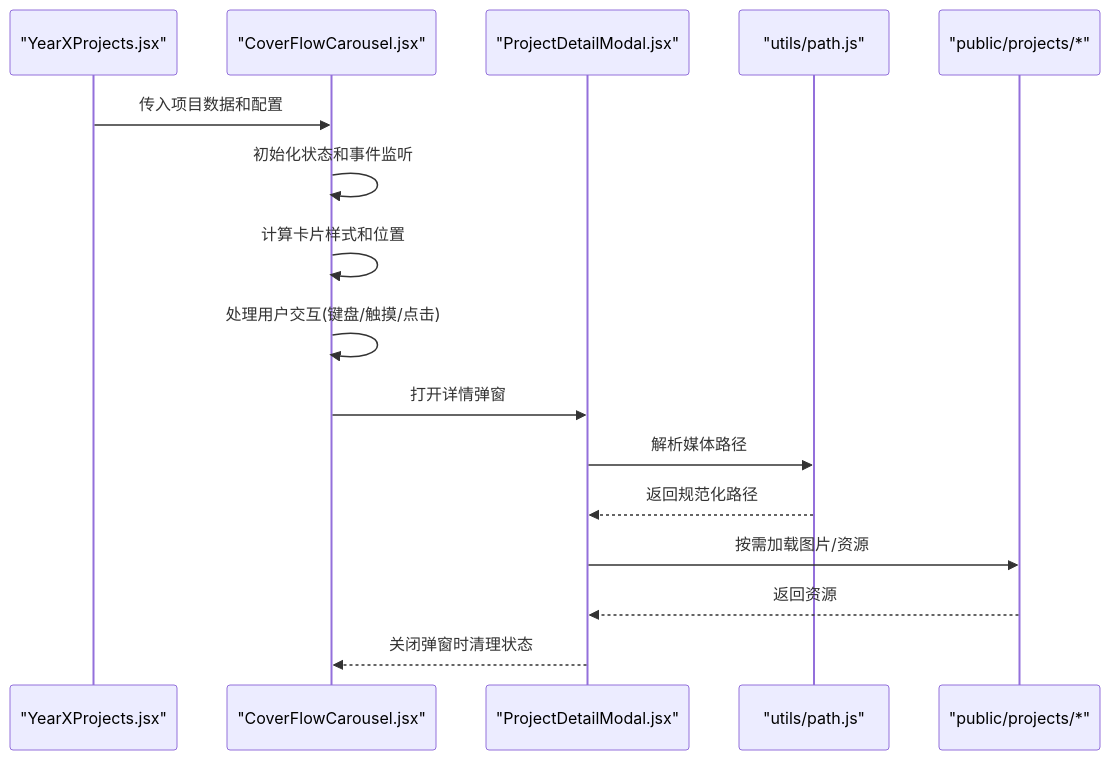
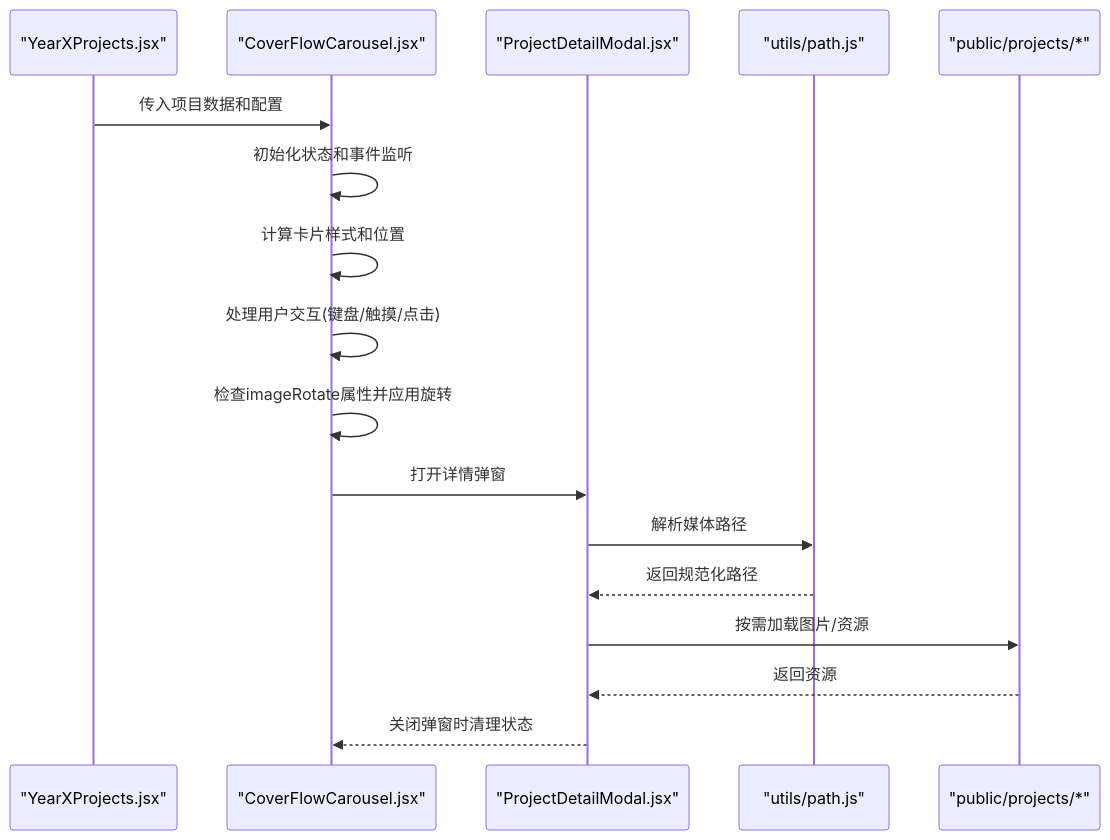
One commit to lithos666/lithos666.github.io changed the fifth of 6 diagrams in .qoder/repowiki/zh/content/核心功能模块/作品展示组件/年份项目组件.md. Above: the diagram before and after it, drawn with Mermaid. The commit also changed other lines of this file and 26 other files, not shown here.

````diff
--- a/.qoder/repowiki/zh/content/核心功能模块/作品展示组件/年份项目组件.md
+++ b/.qoder/repowiki/zh/content/核心功能模块/作品展示组件/年份项目组件.md
@@ -277,18 +285,19 @@
 ```mermaid
 sequenceDiagram
 participant Y as "YearXProjects.jsx"
 participant CFC as "CoverFlowCarousel.jsx"
 participant PM as "ProjectDetailModal.jsx"
 participant PTH as "utils/path.js"
 participant FS as "public/projects/*"
 Y->>CFC : 传入项目数据和配置
 CFC->>CFC : 初始化状态和事件监听
 CFC->>CFC : 计算卡片样式和位置
 CFC->>CFC : 处理用户交互(键盘/触摸/点击)
+CFC->>CFC : 检查imageRotate属性并应用旋转
 CFC->>PM : 打开详情弹窗
 PM->>PTH : 解析媒体路径
 PTH-->>PM : 返回规范化路径
 PM->>FS : 按需加载图片/资源
 FS-->>PM : 返回资源
 PM-->>CFC : 关闭弹窗时清理状态
 ```
````
